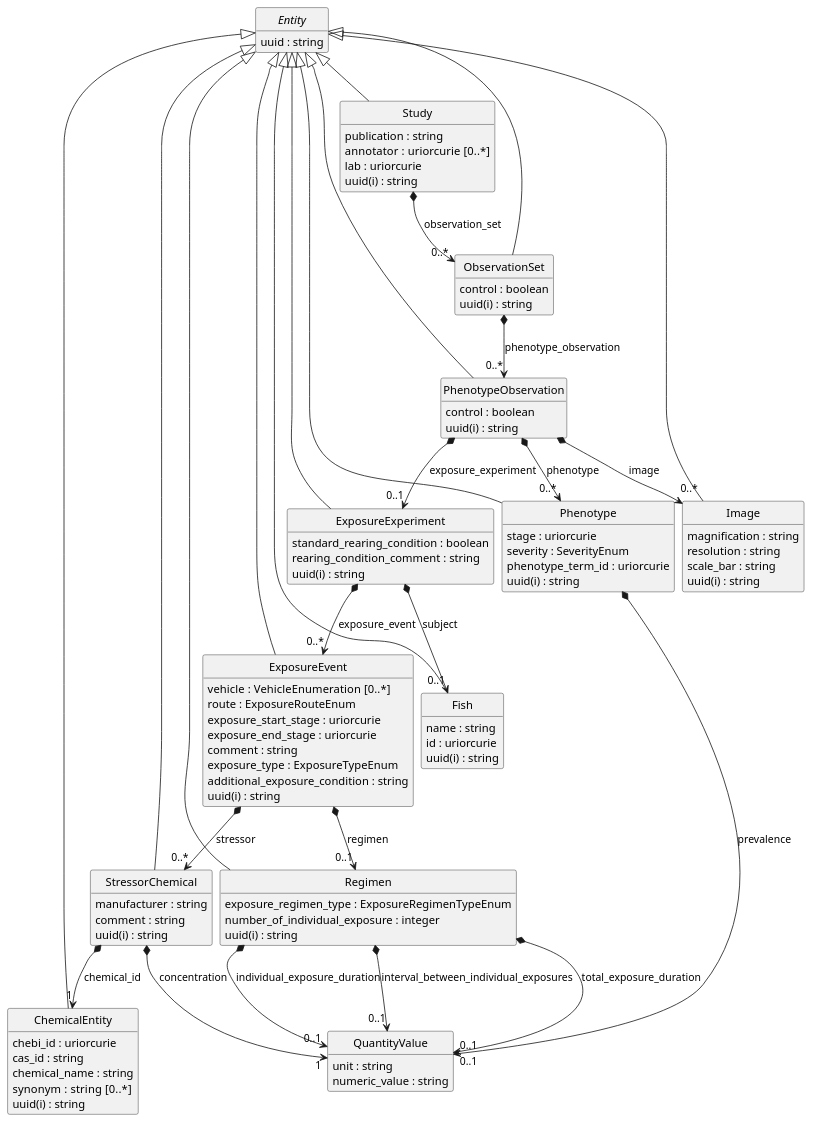
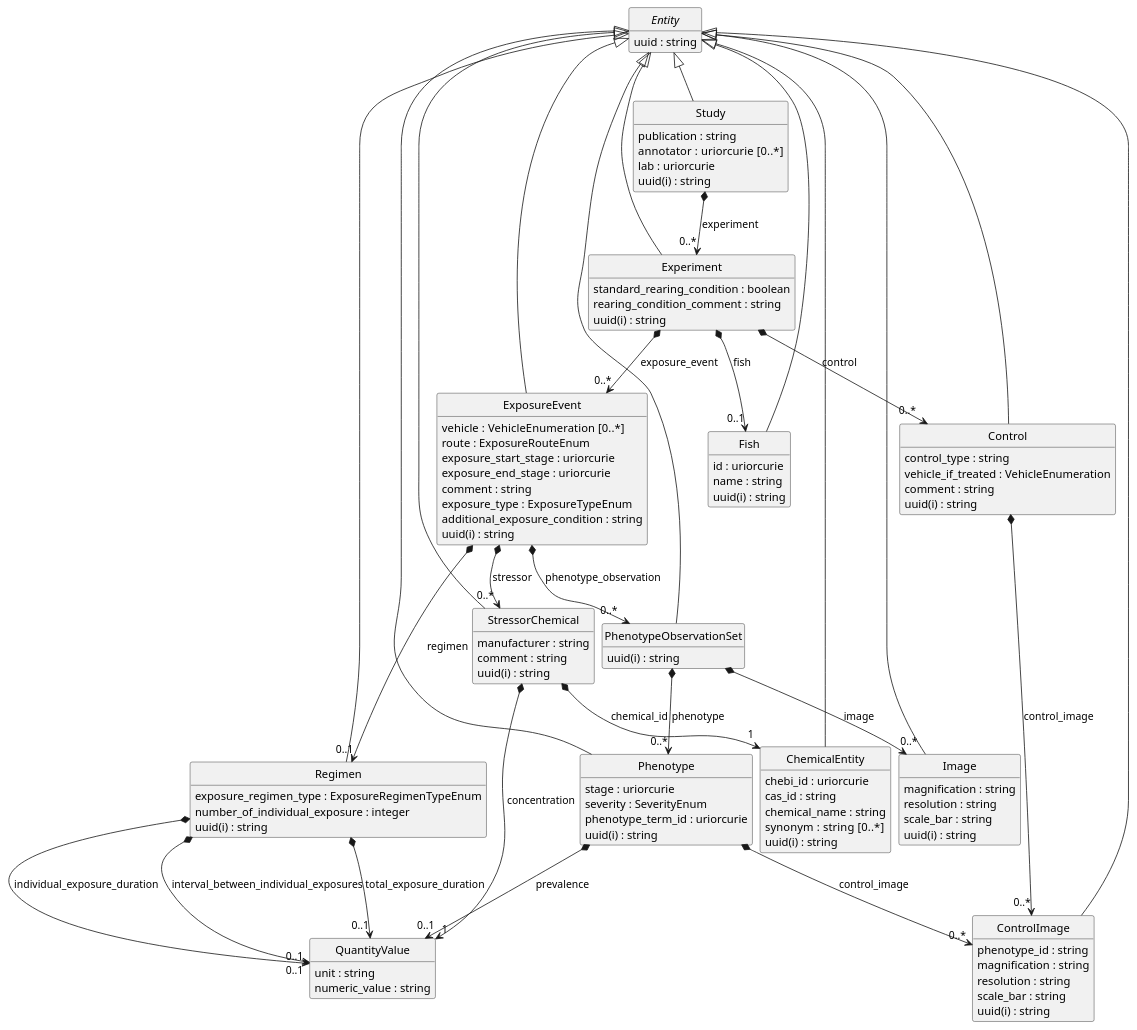
One commit to EHS-Data-Standards/zebrafish-toxicology-atlas-schema changed the diagram in schema_diagram.puml. Above: the diagram before and after it, drawn with PlantUML. The commit also changed 50 other files, not shown here.

```diff
--- a/schema_diagram.puml
+++ b/schema_diagram.puml
@@ -1,101 +1,112 @@
 @startuml
 skinparam nodesep 10
 hide circle
 hide empty members
 class "StressorChemical" [[{A chemical, that elicit a response (a phenotype) in a subject when when encountered through exposure.}]] {
     {field} manufacturer : string  
     {field} comment : string  
     {field} uuid(i) : string  
 }
 class "QuantityValue" [[{A value of an attribute that is quantitative and measurable, expressed as a combination of a unit and a numeric value}]] {
     {field} unit : string  
     {field} numeric_value : string  
 }
 class "Regimen" [[{The schedule and pattern of an exposure event.}]] {
     {field} exposure_regimen_type : ExposureRegimenTypeEnum  
     {field} number_of_individual_exposure : integer  
     {field} uuid(i) : string  
 }
 class "Phenotype" [[{Any measurable or visible trait change in the subject as a result of exposure.}]] {
     {field} stage : uriorcurie  
     {field} severity : SeverityEnum  
     {field} phenotype_term_id : uriorcurie  
     {field} uuid(i) : string  
 }
 "StressorChemical" *--> "1" "QuantityValue" : "concentration"
 "Regimen" *--> "0..1" "QuantityValue" : "individual_exposure_duration"
 "Regimen" *--> "0..1" "QuantityValue" : "interval_between_individual_exposures"
 "Phenotype" *--> "0..1" "QuantityValue" : "prevalence"
 "Regimen" *--> "0..1" "QuantityValue" : "total_exposure_duration"
 class "ChemicalEntity" [[{The chemical used as the stressor chemical in an exposure event.}]] {
     {field} chebi_id : uriorcurie  
     {field} cas_id : string  
     {field} chemical_name : string  
     {field} synonym : string  [0..*]
     {field} uuid(i) : string  
 }
 class "ExposureEvent" [[{An occurrence in a study where a subject is exposed to a stressor under defined conditions.}]] {
     {field} vehicle : VehicleEnumeration  [0..*]
     {field} route : ExposureRouteEnum  
     {field} exposure_start_stage : uriorcurie  
     {field} exposure_end_stage : uriorcurie  
     {field} comment : string  
     {field} exposure_type : ExposureTypeEnum  
     {field} additional_exposure_condition : string  
     {field} uuid(i) : string  
 }
 abstract "Entity" [[{The base class for all entities in the Zebrafish Toxicology Atlas Schema.}]] {
     {field} uuid : string  
 }
 "StressorChemical" *--> "1" "ChemicalEntity" : "chemical_id"
 "ExposureEvent" *--> "0..*" "StressorChemical" : "stressor"
 "Entity" ^-- "StressorChemical"
 "ExposureEvent" *--> "0..1" "Regimen" : "regimen"
 "Entity" ^-- "Regimen"
-class "PhenotypeObservation" [[{A phenotypic outcome resulting from an exposure event.}]] {
-    {field} control : boolean  
+class "ControlImage" [[{An image associated with a control, taken at the same developmental stage as the corresponding phenotype observation.}]] {
+    {field} phenotype_id : string  
+    {field} magnification : string  
+    {field} resolution : string  
+    {field} scale_bar : string  
     {field} uuid(i) : string  
 }
-"PhenotypeObservation" *--> "0..*" "Phenotype" : "phenotype"
+class "PhenotypeObservationSet" [[{A phenotypic outcome resulting from an exposure event.}]] {
+    {field} uuid(i) : string  
+}
+"Phenotype" *--> "0..*" "ControlImage" : "control_image"
+"PhenotypeObservationSet" *--> "0..*" "Phenotype" : "phenotype"
 "Entity" ^-- "Phenotype"
 class "Image" [[{An image associated with a phenotype observation.}]] {
     {field} magnification : string  
     {field} resolution : string  
     {field} scale_bar : string  
     {field} uuid(i) : string  
 }
-class "ExposureExperiment" [[{An experimental procedure in which a subject is exposed to a defined stressor, such as a chemical or environmental factor, to evaluate phenotypic effects.}]] {
+"PhenotypeObservationSet" *--> "0..*" "Image" : "image"
+"ExposureEvent" *--> "0..*" "PhenotypeObservationSet" : "phenotype_observation"
+"Entity" ^-- "PhenotypeObservationSet"
+"Entity" ^-- "Image"
+class "Experiment" [[{Group of observations (phenotypic outcomes and their control) that are linked by a common experiment and subject that are part of a study.}]] {
     {field} standard_rearing_condition : boolean  
     {field} rearing_condition_comment : string  
     {field} uuid(i) : string  
 }
-class "ObservationSet" [[{Group of observations (phenotypic outcomes and their control) that are linked by a common experiment and subject that are part of a study.}]] {
-    {field} control : boolean  
+"Experiment" *--> "0..*" "ExposureEvent" : "exposure_event"
+"Entity" ^-- "ExposureEvent"
+class "Control" [[{Information about controls used in the experiment, including the type of control (wildtype vs mutant, treated vs untreated) and vehicle information if applicable.}]] {
+    {field} control_type : string  
+    {field} vehicle_if_treated : VehicleEnumeration  
+    {field} comment : string  
     {field} uuid(i) : string  
 }
-"PhenotypeObservation" *--> "0..*" "Image" : "image"
-"PhenotypeObservation" *--> "0..1" "ExposureExperiment" : "exposure_experiment"
-"ObservationSet" *--> "0..*" "PhenotypeObservation" : "phenotype_observation"
-"Entity" ^-- "PhenotypeObservation"
+class "Fish" [[{Zebrafish used as subject in the study.}]] {
+    {field} id : uriorcurie  
+    {field} name : string  
+    {field} uuid(i) : string  
+}
 class "Study" [[{A toxicological investigation, including the experimental conditions and phenotypic outcomes, with information provenance.}]] {
     {field} publication : string  
     {field} annotator : uriorcurie  [0..*]
     {field} lab : uriorcurie  
     {field} uuid(i) : string  
 }
-"Study" *--> "0..*" "ObservationSet" : "observation_set"
-"Entity" ^-- "ObservationSet"
+"Experiment" *--> "0..*" "Control" : "control"
+"Experiment" *--> "0..1" "Fish" : "fish"
+"Study" *--> "0..*" "Experiment" : "experiment"
+"Entity" ^-- "Experiment"
 "Entity" ^-- "Study"
-"Entity" ^-- "Image"
-class "Fish" [[{Zebrafish used as subject in the study.}]] {
-    {field} name : string  
-    {field} id : uriorcurie  
-    {field} uuid(i) : string  
-}
-"ExposureExperiment" *--> "0..*" "ExposureEvent" : "exposure_event"
-"ExposureExperiment" *--> "0..1" "Fish" : "subject"
-"Entity" ^-- "ExposureExperiment"
 "Entity" ^-- "Fish"
-"Entity" ^-- "ExposureEvent"
+"Entity" ^-- "ControlImage"
+"Entity" ^-- "Control"
 "Entity" ^-- "ChemicalEntity"
+"Control" *--> "0..*" "ControlImage" : "control_image"
 @enduml
```
